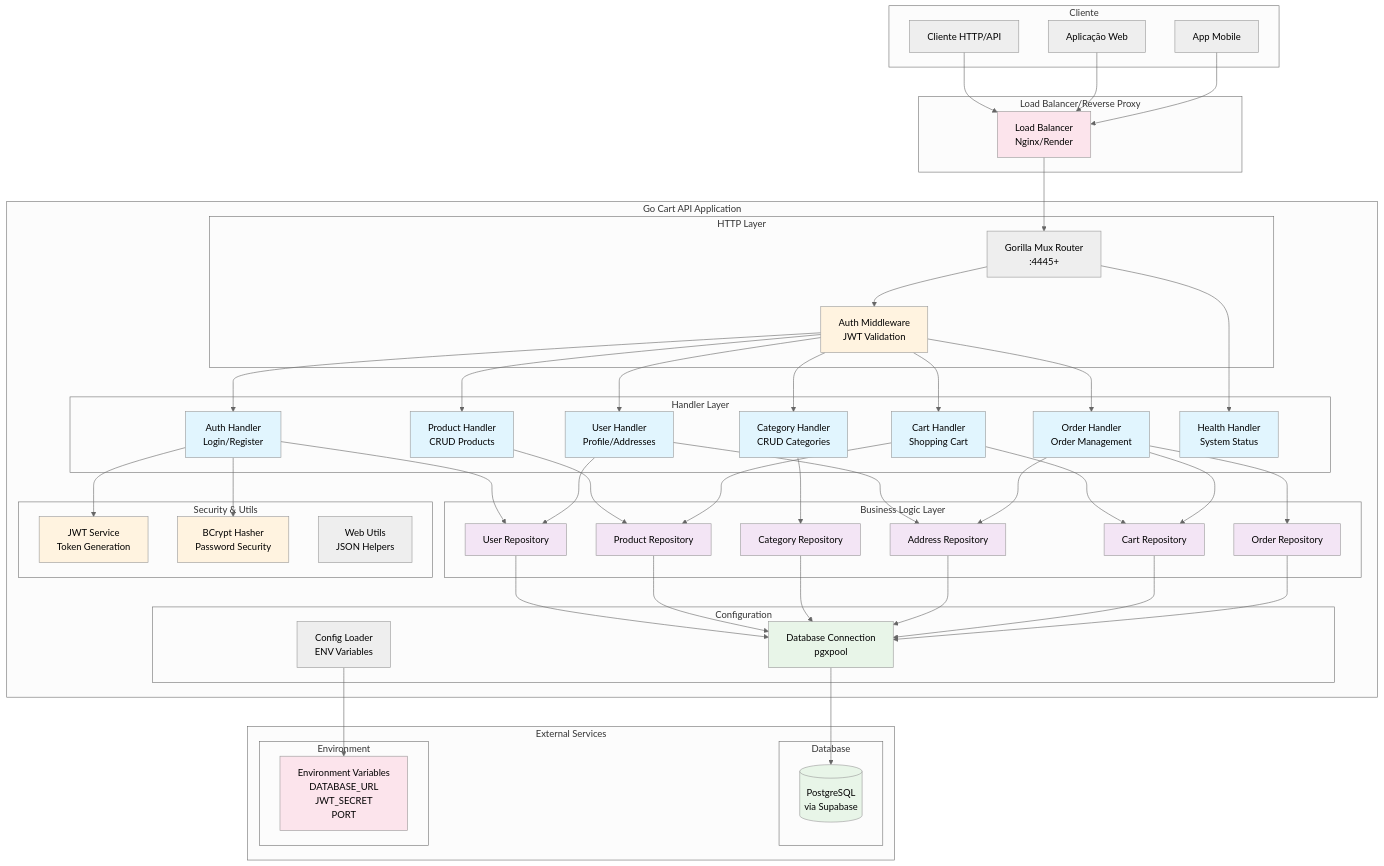
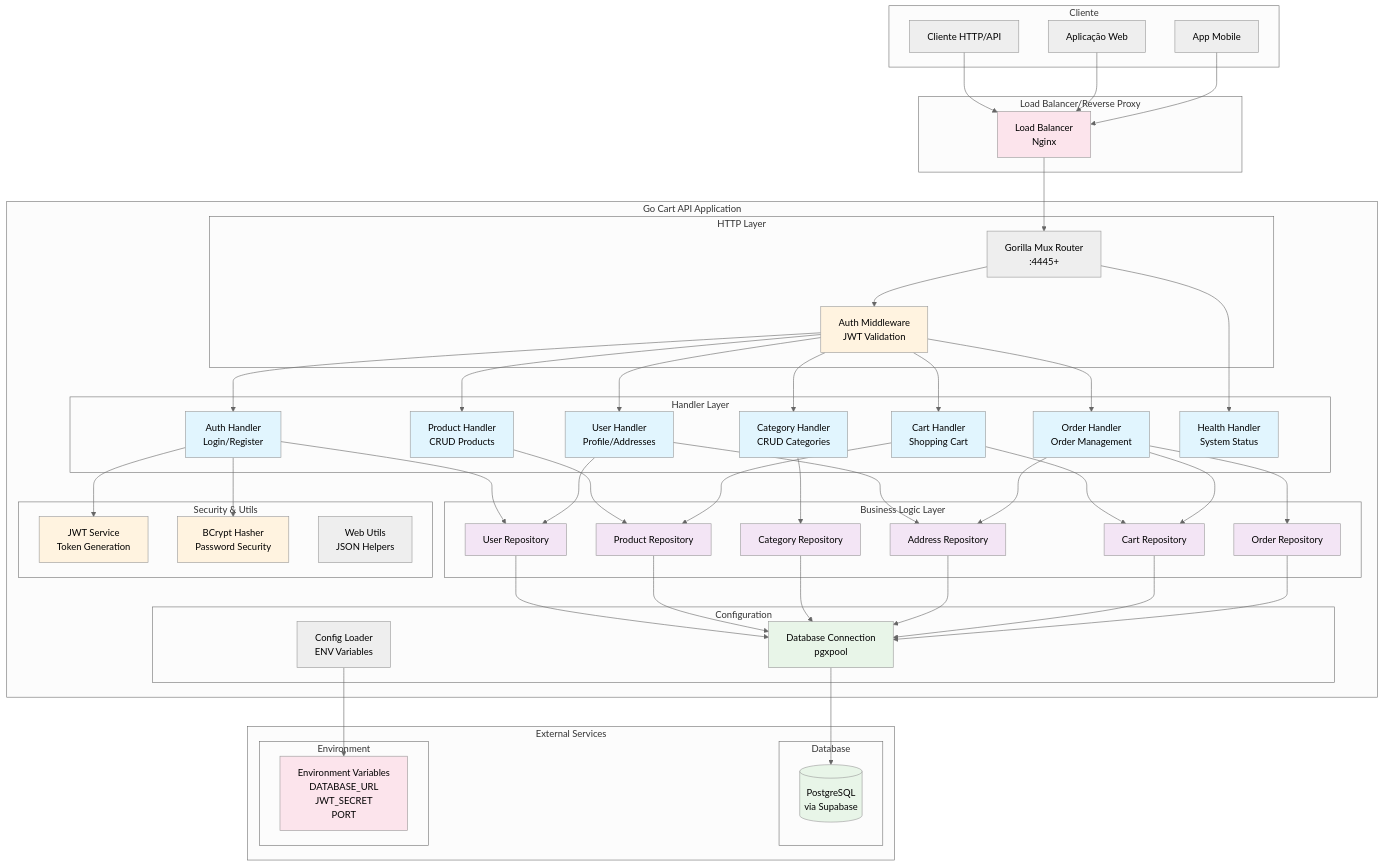
The first of 5 diagrams in docs/architecture.md (Bulletdev/bullet-commerce), drawn with Mermaid (neutral theme) before and after one commit. The commit also changed other lines of this file and 31 other files, not shown here.

```diff
--- a/docs/architecture.md
+++ b/docs/architecture.md
@@ -13,7 +13,7 @@
     end
 
     subgraph "Load Balancer/Reverse Proxy"
-        LB[Load Balancer<br/>Nginx/Render]
+        LB[Load Balancer<br/>Nginx]
     end
 
     subgraph "Go Cart API Application"
```
